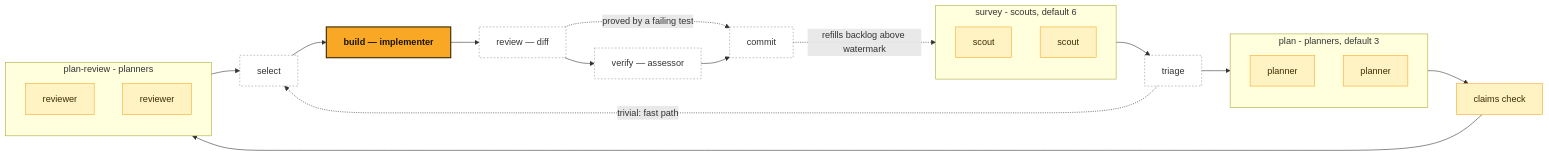
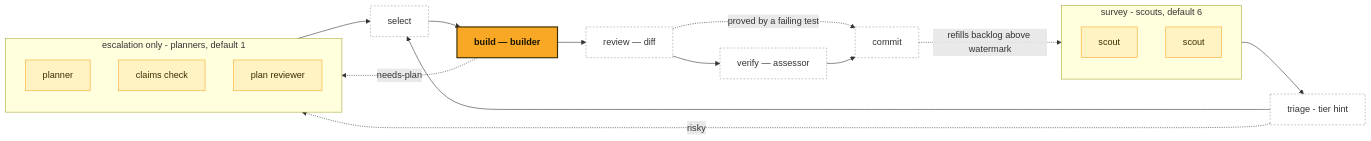
Before and after one commit to gshepptech/the-tavern: the diagram in plugins/ranger/README.md, drawn with Mermaid. The commit also changed other lines of this file and 35 other files, not shown here.

````diff
--- a/plugins/ranger/README.md
+++ b/plugins/ranger/README.md
@@ -80,33 +83,29 @@
 ```mermaid
 flowchart LR
     classDef pool fill:#FFF3C4,stroke:#F9A825,stroke-width:1px,color:#3a2e00;
     classDef serial fill:#F9A825,stroke:#3a2e00,stroke-width:2px,color:#1a1400,font-weight:bold;
     classDef lead fill:none,stroke:#999,stroke-width:1px,stroke-dasharray:3 3;
 
     subgraph SU["survey - scouts, default 6"]
         direction TB
         s1[scout]:::pool
         s2[scout]:::pool
     end
-    subgraph PL["plan - planners, default 3"]
+    subgraph ESC["escalation only - planners, default 1"]
         direction TB
         p1[planner]:::pool
-        p2[planner]:::pool
-    end
-    subgraph PR["plan-review - planners"]
-        direction TB
-        r1[reviewer]:::pool
-        r2[reviewer]:::pool
+        c1[claims check]:::pool
+        r1[plan reviewer]:::pool
     end
 
-    SU --> TRI[triage]:::lead
-    TRI --> PL --> CHK[claims check]:::pool
-    CHK --> PR --> SEL[select]:::lead
-    TRI -.trivial: fast path.-> SEL
-    SEL --> BUILD[build — implementer]:::serial
+    SU --> TRI[triage - tier hint]:::lead
+    TRI --> SEL[select]:::lead
+    TRI -.risky.-> ESC --> SEL
+    SEL --> BUILD[build — builder]:::serial
+    BUILD -.needs-plan.-> ESC
     BUILD --> DIFF[review — diff]:::lead
     DIFF --> VER[verify — assessor]:::lead
     DIFF -.proved by a failing test.-> COM
     VER --> COM[commit]:::lead
     COM -.refills backlog above watermark.-> SU
 ```
````
